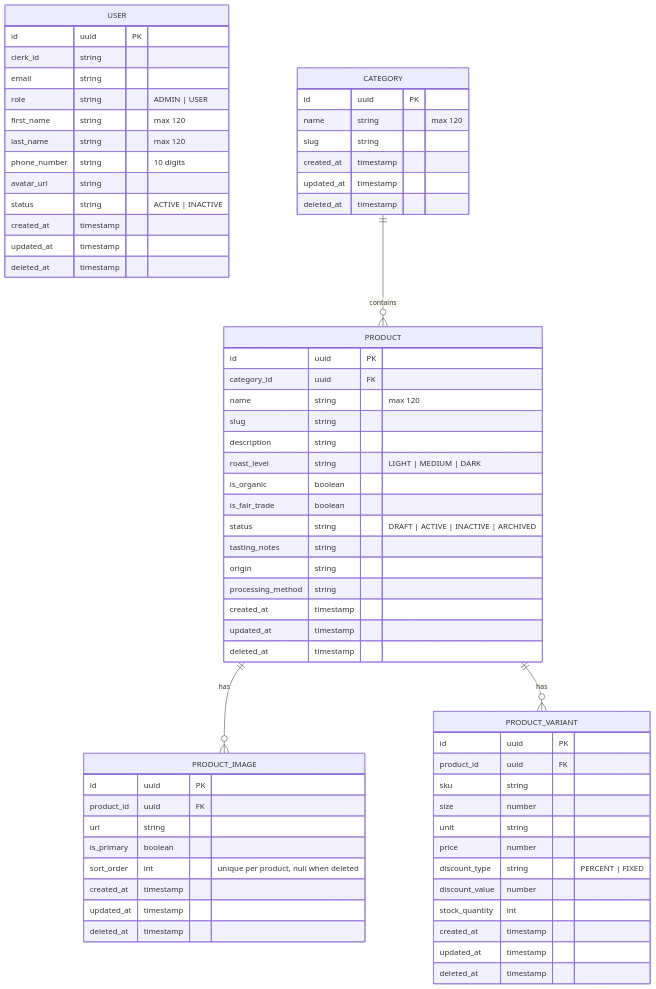
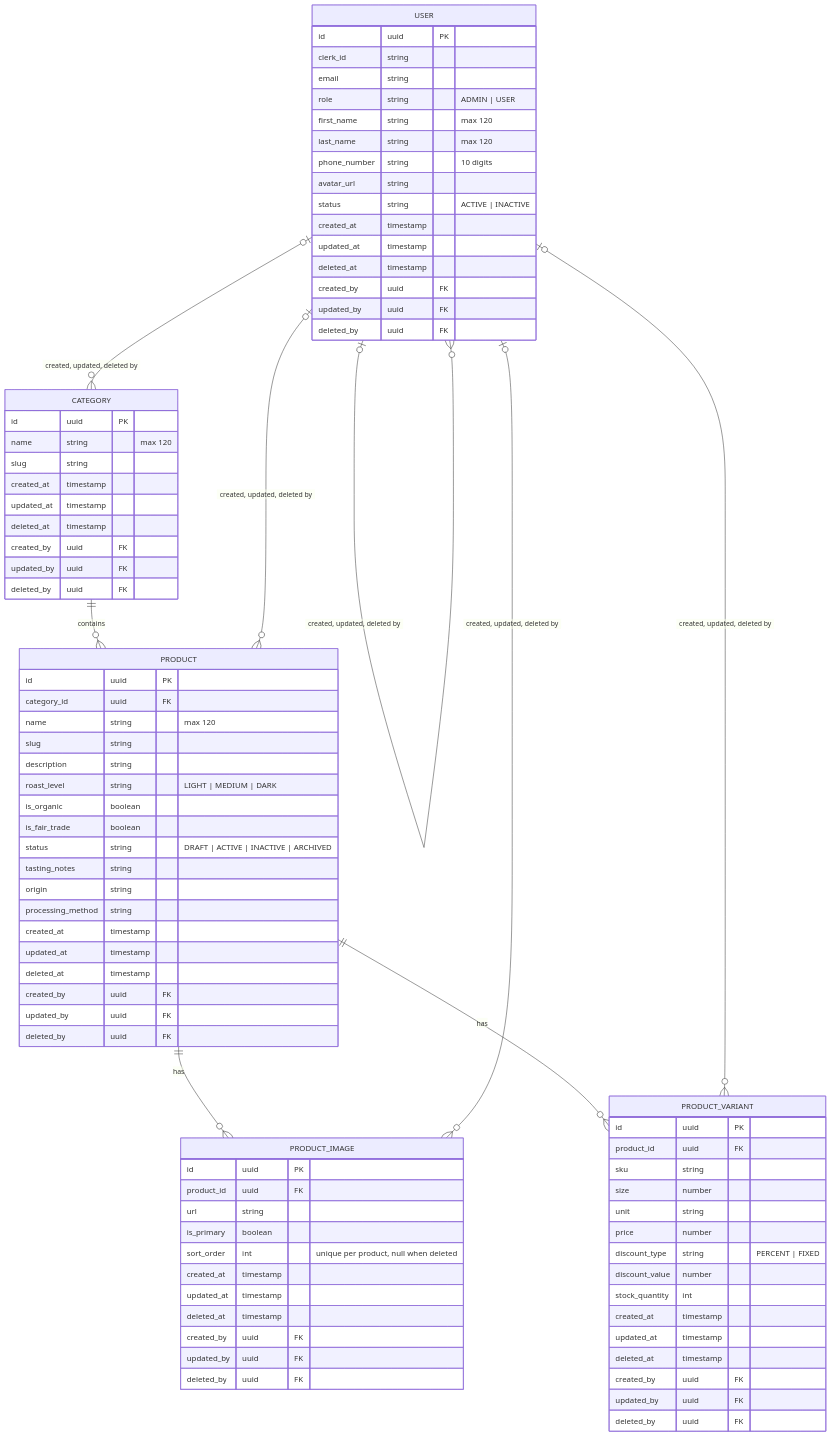
One commit to tiennguyen-agilityio/nestjs-training changed the diagram in apps/api/README.md. Above: the diagram before and after it, drawn with Mermaid. The commit also changed 53 other files, not shown here.

Commit message:
feat: record which admin created, changed and deleted each record

````diff
--- a/apps/api/README.md
+++ b/apps/api/README.md
@@ -228,6 +228,9 @@
         created_at timestamp
         updated_at timestamp
         deleted_at timestamp
+        created_by uuid FK
+        updated_by uuid FK
+        deleted_by uuid FK
     }
 
     CATEGORY {
@@ -237,6 +240,9 @@
         created_at timestamp
         updated_at timestamp
         deleted_at timestamp
+        created_by uuid FK
+        updated_by uuid FK
+        deleted_by uuid FK
     }
 
     PRODUCT {
@@ -255,6 +261,9 @@
         created_at timestamp
         updated_at timestamp
         deleted_at timestamp
+        created_by uuid FK
+        updated_by uuid FK
+        deleted_by uuid FK
     }
 
     PRODUCT_IMAGE {
@@ -266,6 +275,9 @@
         created_at timestamp
         updated_at timestamp
         deleted_at timestamp
+        created_by uuid FK
+        updated_by uuid FK
+        deleted_by uuid FK
     }
 
     PRODUCT_VARIANT {
@@ -281,9 +293,17 @@
         created_at timestamp
         updated_at timestamp
         deleted_at timestamp
+        created_by uuid FK
+        updated_by uuid FK
+        deleted_by uuid FK
     }
 
     CATEGORY ||--o{ PRODUCT : "contains"
     PRODUCT ||--o{ PRODUCT_IMAGE : "has"
     PRODUCT ||--o{ PRODUCT_VARIANT : "has"
+    USER |o--o{ CATEGORY : "created, updated, deleted by"
+    USER |o--o{ PRODUCT : "created, updated, deleted by"
+    USER |o--o{ PRODUCT_IMAGE : "created, updated, deleted by"
+    USER |o--o{ PRODUCT_VARIANT : "created, updated, deleted by"
+    USER |o--o{ USER : "created, updated, deleted by"
 ```
````
